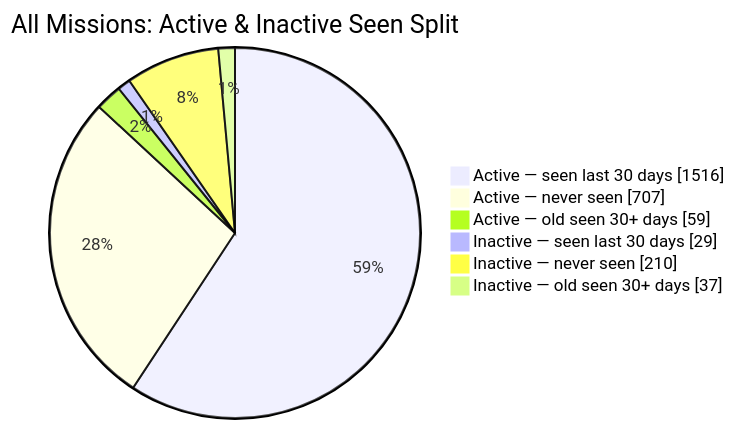
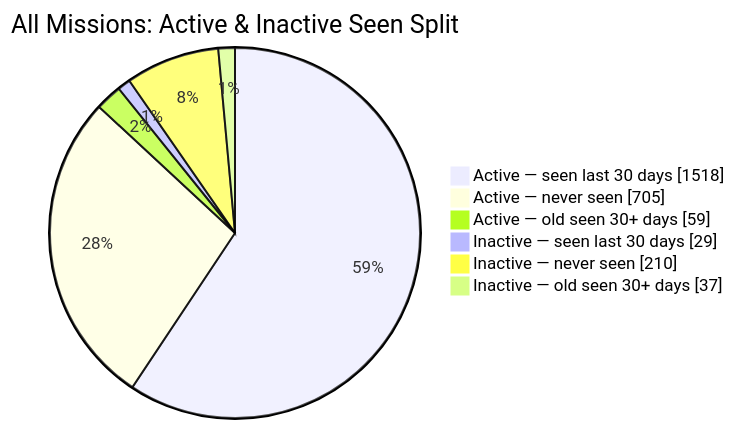
One commit to MeldkamerspelGameTeam/active-missions changed the second of 2 diagrams in README.md. Above: the diagram before and after it, drawn with Mermaid. The commit also changed other lines of this file and 2 other files, not shown here.

````diff
--- a/README.md
+++ b/README.md
@@ -44,10 +44,10 @@
 ```mermaid
 pie showData
     title All Missions: Active & Inactive Seen Split
-    "Active — seen last 30 days" : 1516
-    "Active — never seen" : 707
+    "Active — seen last 30 days" : 1518
+    "Active — never seen" : 705
     "Active — old seen 30+ days" : 59
     "Inactive — seen last 30 days" : 29
     "Inactive — never seen" : 210
     "Inactive — old seen 30+ days" : 37
 ```
````
